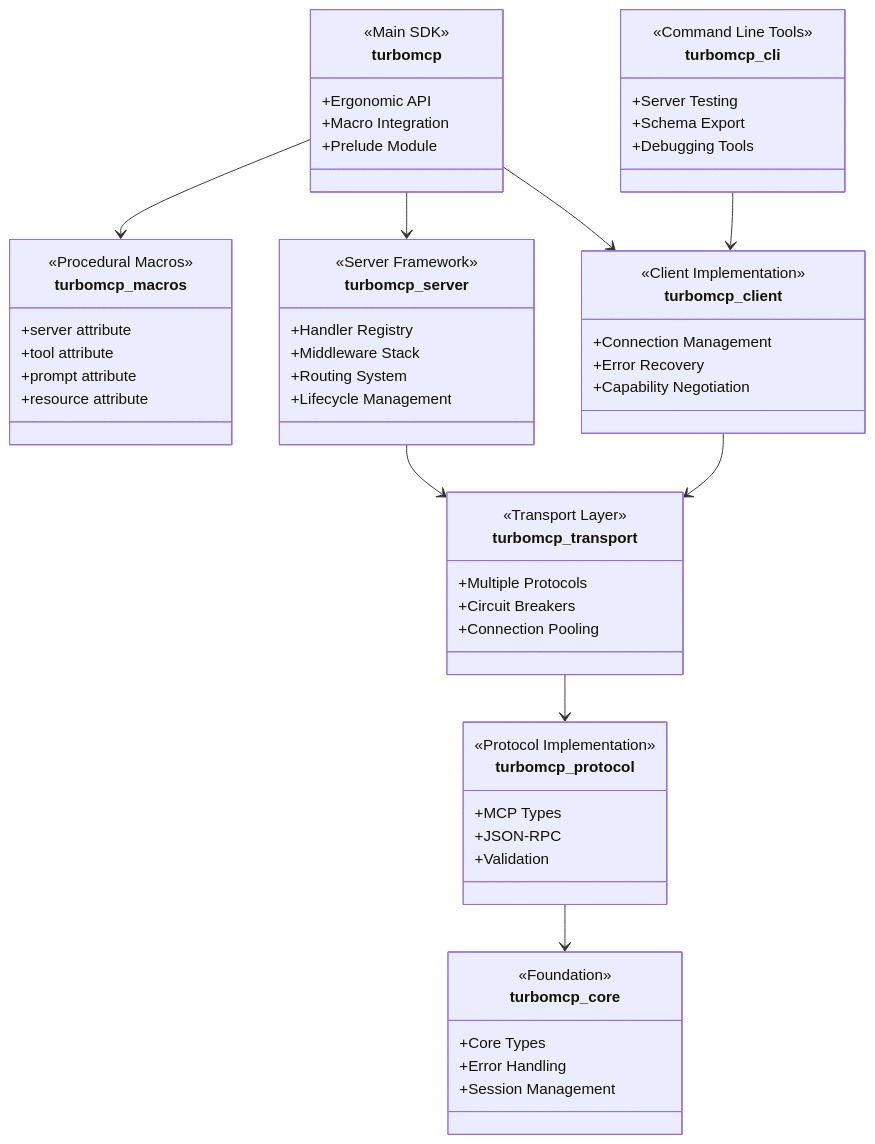
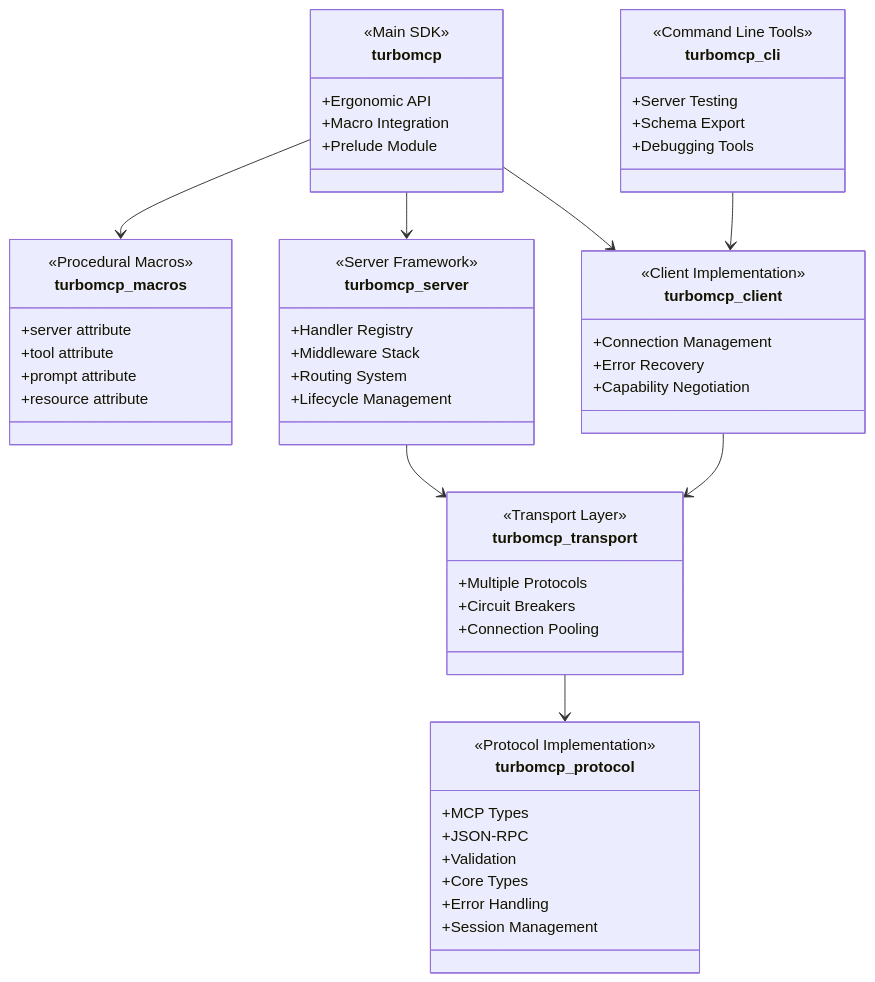
The diagram in crates/README.md (Epistates/turbomcp), drawn with Mermaid before and after one commit. The commit also changed other lines of this file and 6 other files, not shown here.

````diff
--- a/crates/README.md
+++ b/crates/README.md
@@ -17,69 +17,64 @@
 ```mermaid
 classDiagram
     class turbomcp {
         <<Main SDK>>
         +Ergonomic API
         +Macro Integration
         +Prelude Module
     }
     
     class turbomcp_macros {
         <<Procedural Macros>>
         +server attribute
         +tool attribute
         +prompt attribute
         +resource attribute
     }
     
     class turbomcp_server {
         <<Server Framework>>
         +Handler Registry
         +Middleware Stack
         +Routing System
         +Lifecycle Management
     }
     
     class turbomcp_client {
         <<Client Implementation>>
         +Connection Management
         +Error Recovery
         +Capability Negotiation
     }
     
     class turbomcp_transport {
         <<Transport Layer>>
         +Multiple Protocols
         +Circuit Breakers
         +Connection Pooling
     }
     
     class turbomcp_protocol {
         <<Protocol Implementation>>
         +MCP Types
         +JSON-RPC
         +Validation
-    }
-    
-    class turbomcp_core {
-        <<Foundation>>
         +Core Types
         +Error Handling
         +Session Management
     }
-    
+
     class turbomcp_cli {
         <<Command Line Tools>>
         +Server Testing
         +Schema Export
         +Debugging Tools
     }
-    
+
     turbomcp --> turbomcp_macros
     turbomcp --> turbomcp_server
     turbomcp --> turbomcp_client
     turbomcp_server --> turbomcp_transport
     turbomcp_client --> turbomcp_transport
     turbomcp_transport --> turbomcp_protocol
-    turbomcp_protocol --> turbomcp_core
     turbomcp_cli --> turbomcp_client
 ```
````
